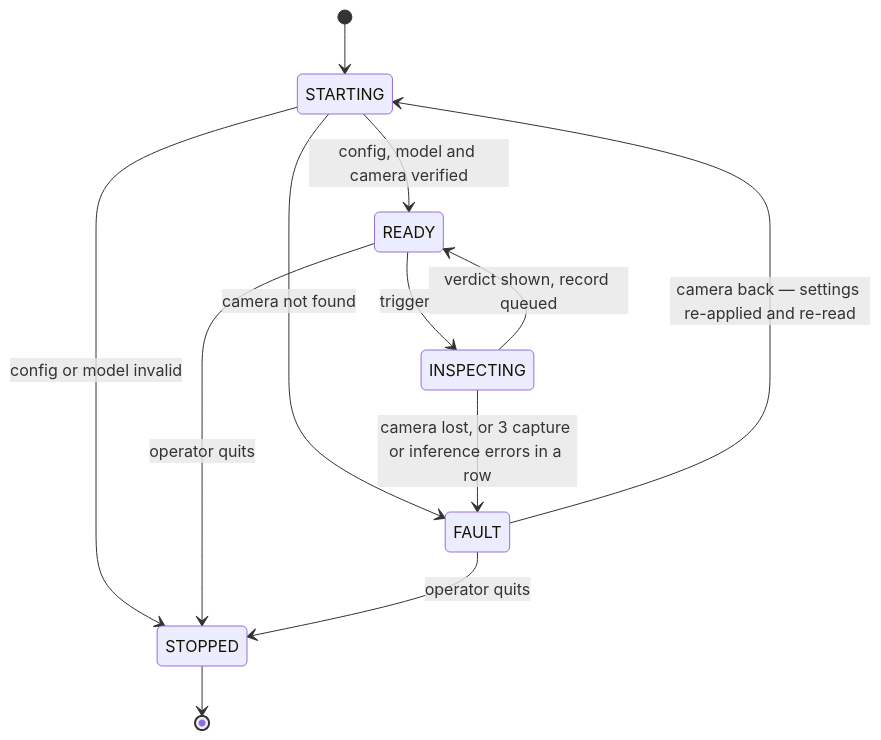
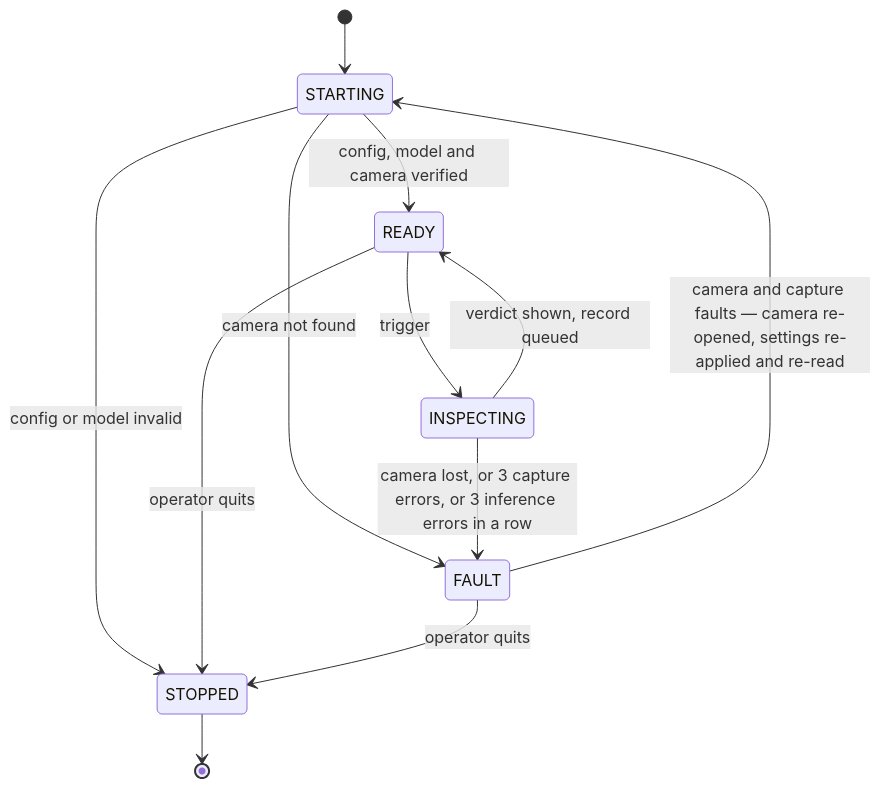
One commit to Ali-Jabowr/qs changed the first of 2 diagrams in docs/16-failure-model.md. Above: the diagram before and after it, drawn with Mermaid. The commit also changed other lines of this file and 23 other files, not shown here.

````diff
--- a/docs/16-failure-model.md
+++ b/docs/16-failure-model.md
@@ -25,14 +25,14 @@
 ```mermaid
 stateDiagram-v2
     [*] --> STARTING
     STARTING --> READY: config, model and camera verified
     STARTING --> STOPPED: config or model invalid
     STARTING --> FAULT: camera not found
     READY --> INSPECTING: trigger
     INSPECTING --> READY: verdict shown, record queued
-    INSPECTING --> FAULT: camera lost, or 3 capture or inference errors in a row
-    FAULT --> STARTING: camera back — settings re-applied and re-read
+    INSPECTING --> FAULT: camera lost, or 3 capture errors, or 3 inference errors in a row
+    FAULT --> STARTING: camera and capture faults — camera re-opened, settings re-applied and re-read
     READY --> STOPPED: operator quits
     FAULT --> STOPPED: operator quits
     STOPPED --> [*]
 ```
````
